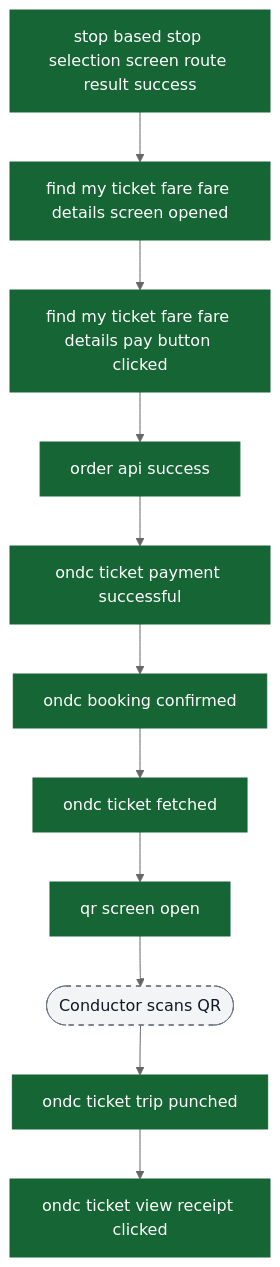
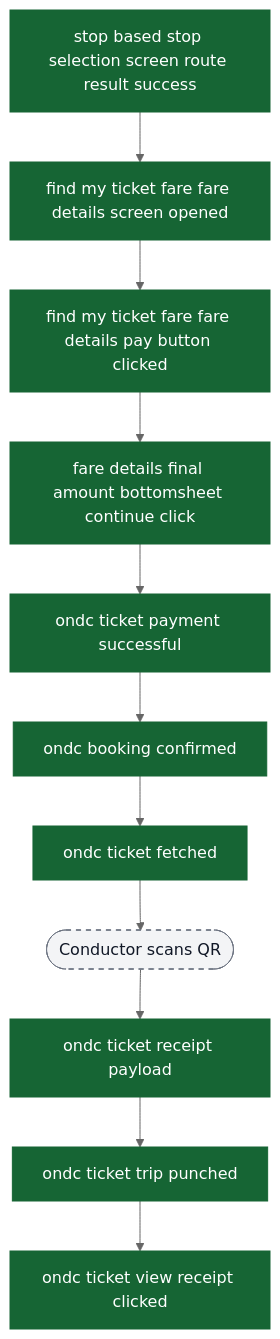
One commit to ratulsarna/chalo-app-dashboard changed the ninth of 9 diagrams in content/analytics/ondc-bus/flow-diagrams.md. Above: the diagram before and after it, drawn with Mermaid (neutral theme). The commit also changed other lines of this file and 1 other file, not shown here.

Commit message:
feat(analytics): update ONDC bus event descriptions and flow diagrams for improved clarity and accuracy

````diff
--- a/content/analytics/ondc-bus/flow-diagrams.md
+++ b/content/analytics/ondc-bus/flow-diagrams.md
@@ -170,19 +165,19 @@
 ```mermaid
 flowchart TD
   A["stop based stop selection screen route result success"] --> B["find my ticket fare fare details screen opened"]
   B --> C["find my ticket fare fare details pay button clicked"]
-  C --> D["order api success"]
+  C --> D["fare details final amount bottomsheet continue click"]
   D --> E["ondc ticket payment successful"]
   E --> F["ondc booking confirmed"]
   F --> G["ondc ticket fetched"]
-  G --> H["qr screen open"]
-  H --> I([Conductor scans QR])
+  G --> H([Conductor scans QR])
+  H --> I["ondc ticket receipt payload"]
   I --> J["ondc ticket trip punched"]
   J --> K["ondc ticket view receipt clicked"]
 
   classDef event fill:#166534,stroke:#166534,color:#ffffff;
   classDef ui fill:#f3f4f6,stroke:#6b7280,stroke-dasharray: 5 5,color:#111827;
 
-  class A,B,C,D,E,F,G,H,J,K event;
-  class I ui;
+  class A,B,C,D,E,F,G,I,J,K event;
+  class H ui;
 ```
````
